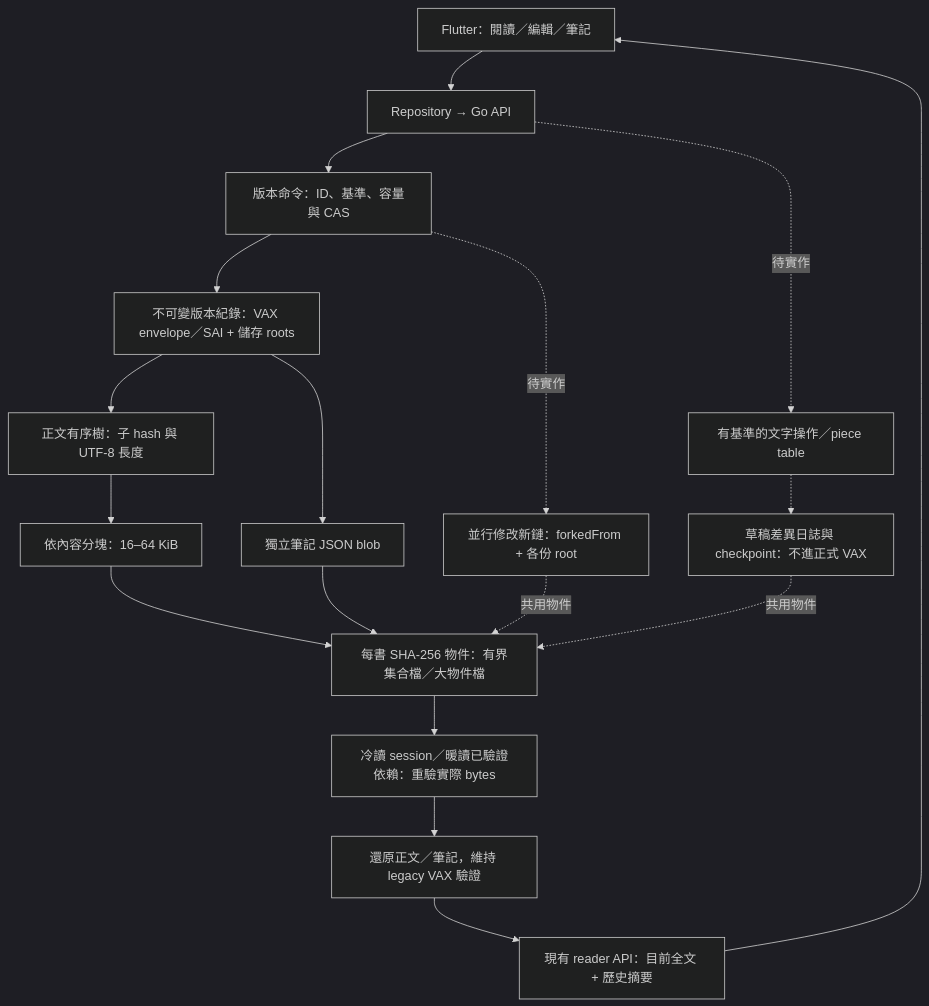
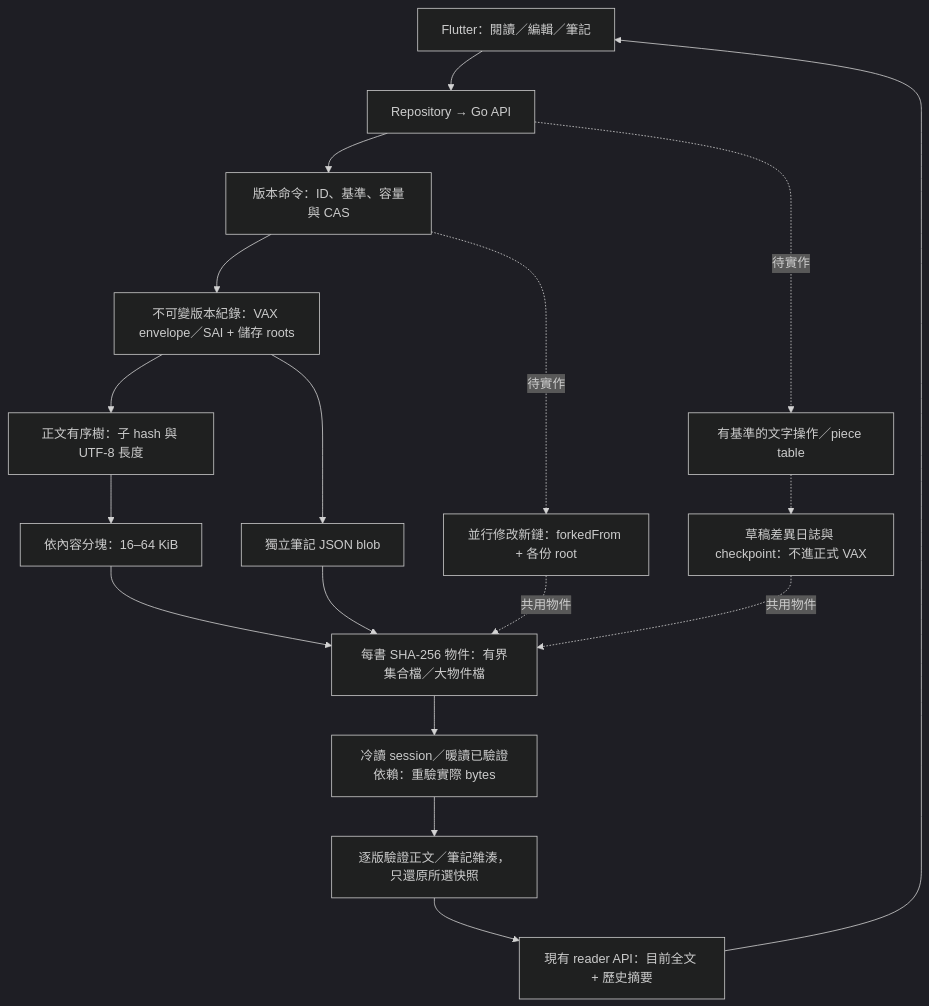
The diagram in docs/CONTENT_OBJECTS.md (bnggbn/Pageforge-Native), drawn with Mermaid (dark theme) before and after one commit. The commit also changed other lines of this file and 38 other files, not shown here.

````diff
--- a/docs/CONTENT_OBJECTS.md
+++ b/docs/CONTENT_OBJECTS.md
@@ -7,20 +7,20 @@
 ```mermaid
 flowchart TD
   Flutter["Flutter：閱讀／編輯／筆記"] --> Repository["Repository → Go API"]
   Repository --> Commands["版本命令：ID、基準、容量與 CAS"]
   Commands --> Revision["不可變版本紀錄：VAX envelope／SAI + 儲存 roots"]
   Revision --> Text["正文有序樹：子 hash 與 UTF-8 長度"]
   Revision --> Notes["獨立筆記 JSON blob"]
   Text --> Chunks["依內容分塊：16–64 KiB"]
   Chunks --> Objects["每書 SHA-256 物件：有界集合檔／大物件檔"]
   Notes --> Objects
   Objects --> Session["冷讀 session／暖讀已驗證依賴：重驗實際 bytes"]
-  Session --> Adapter["還原正文／筆記，維持 legacy VAX 驗證"]
+  Session --> Adapter["逐版驗證正文／筆記雜湊，只還原所選快照"]
   Adapter --> Response["現有 reader API：目前全文 + 歷史摘要"]
   Response --> Flutter
   Repository -. 待實作 .-> Operations["有基準的文字操作／piece table"]
   Operations -.-> Recovery["草稿差異日誌與 checkpoint：不進正式 VAX"]
   Recovery -. 共用物件 .-> Objects
   Commands -. 待實作 .-> Chains["並行修改新鏈：forkedFrom + 各份 root"]
   Chains -. 共用物件 .-> Objects
 ```
````
